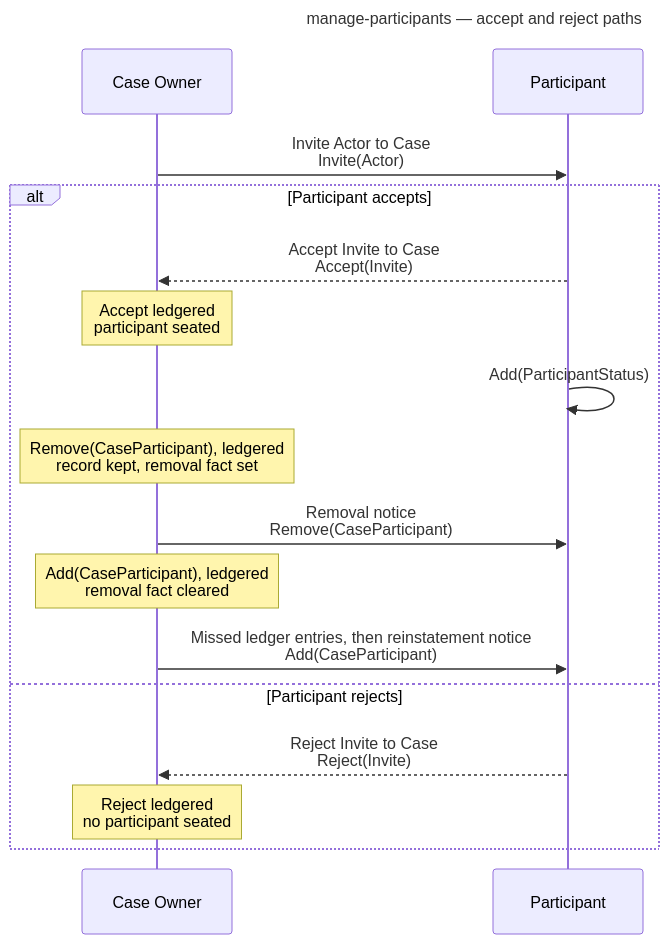
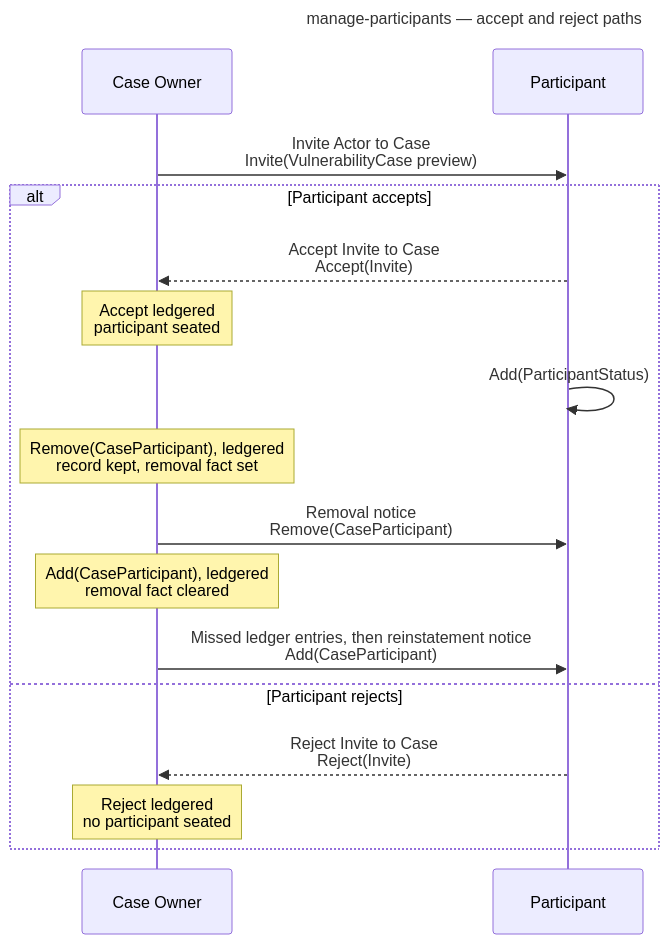
The third of 9 diagrams in docs/tutorials/other_demos.md (CERTCC/Vultron), drawn with Mermaid before and after one commit. The commit also changed other lines of this file and 129 other files, not shown here.

First line of the commit message:
test, docs, specs: move case Invites to AS2 slots and the stub to the preview

````diff
--- a/docs/tutorials/other_demos.md
+++ b/docs/tutorials/other_demos.md
@@ -179,22 +179,22 @@
 ```mermaid
 ---
 title: manage-participants — accept and reject paths
 ---
 sequenceDiagram
     participant O as Case Owner
     participant P as Participant
 
-    O->>P: Invite Actor to Case<br/>Invite(Actor)
+    O->>P: Invite Actor to Case<br/>Invite(VulnerabilityCase preview)
     alt Participant accepts
         P-->>O: Accept Invite to Case<br/>Accept(Invite)
         Note over O: Accept ledgered<br/>participant seated
         P->>P: Add(ParticipantStatus)
         Note over O: Remove(CaseParticipant), ledgered<br/>record kept, removal fact set
         O->>P: Removal notice<br/>Remove(CaseParticipant)
         Note over O: Add(CaseParticipant), ledgered<br/>removal fact cleared
         O->>P: Missed ledger entries, then reinstatement notice<br/>Add(CaseParticipant)
     else Participant rejects
         P-->>O: Reject Invite to Case<br/>Reject(Invite)
         Note over O: Reject ledgered<br/>no participant seated
     end
 ```
````
